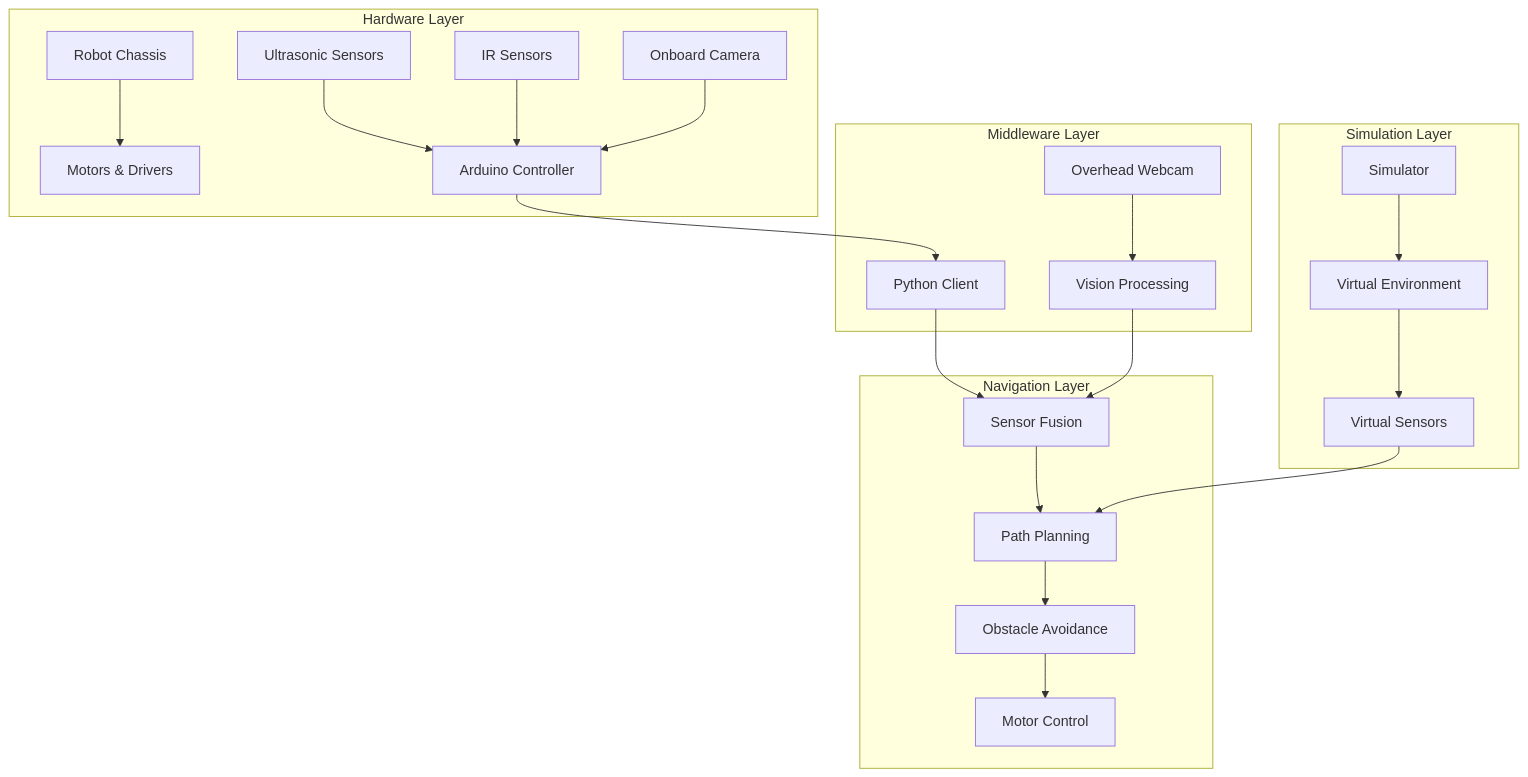
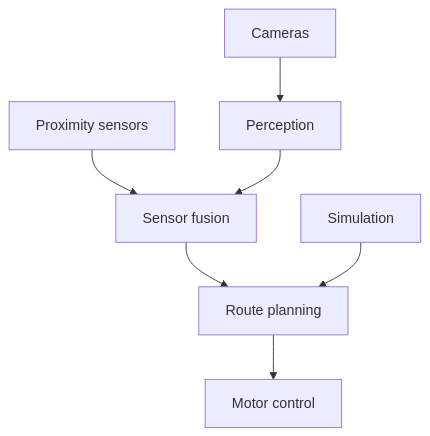
One commit to yaksheng/projects changed the diagram in hackathons/20251109-drift/README.md. Above: the diagram before and after it, drawn with Mermaid. The commit also changed other lines of this file and 14 other files, not shown here.

````diff
--- a/hackathons/20251109-drift/README.md
+++ b/hackathons/20251109-drift/README.md
@@ -44,28 +16,9 @@
 ```mermaid
 graph TD
-    subgraph "Hardware Layer"
-        A[Robot Chassis] --> B[Motors & Drivers]
-        C[Ultrasonic Sensors] --> D[Arduino Controller]
-        E[IR Sensors] --> D
-        F[Onboard Camera] --> D
-    end
-    
-    subgraph "Middleware Layer"
-        D --> G[Python Client]
-        H[Overhead Webcam] --> I[Vision Processing]
-    end
-    
-    subgraph "Navigation Layer"
-        G --> J[Sensor Fusion]
-        I --> J
-        J --> K[Path Planning]
-        K --> L[Obstacle Avoidance]
-        L --> M[Motor Control]
-    end
-    
-    subgraph "Simulation Layer"
-        N[Simulator] --> O[Virtual Environment]
-        O --> P[Virtual Sensors]
-        P --> K
-    end
+    Cameras[Cameras] --> Perception[Perception]
+    Sensors[Proximity sensors] --> Fusion[Sensor fusion]
+    Perception --> Fusion
+    Fusion --> Planning[Route planning]
+    Planning --> Control[Motor control]
+    Simulation[Simulation] --> Planning
 ```
````
